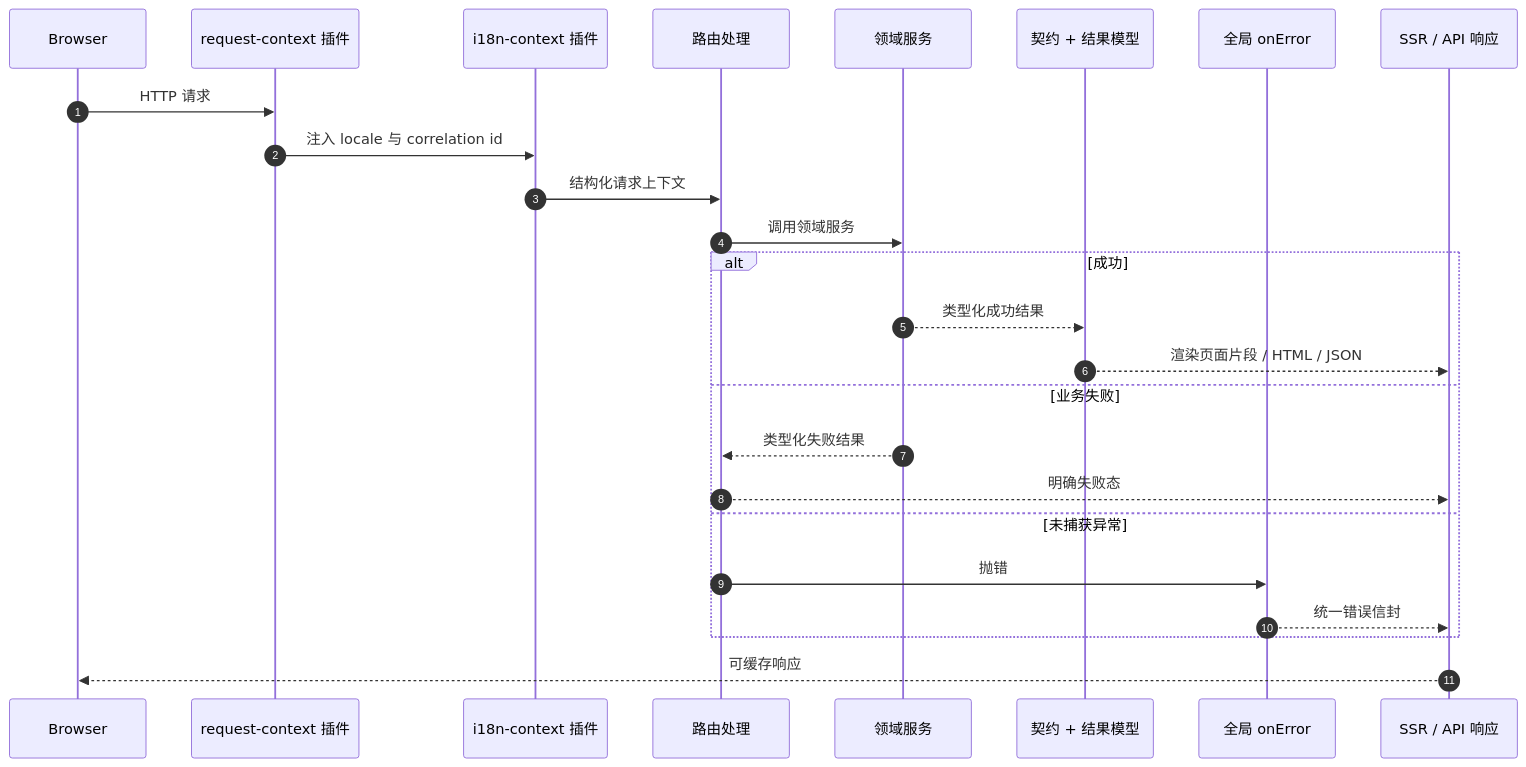
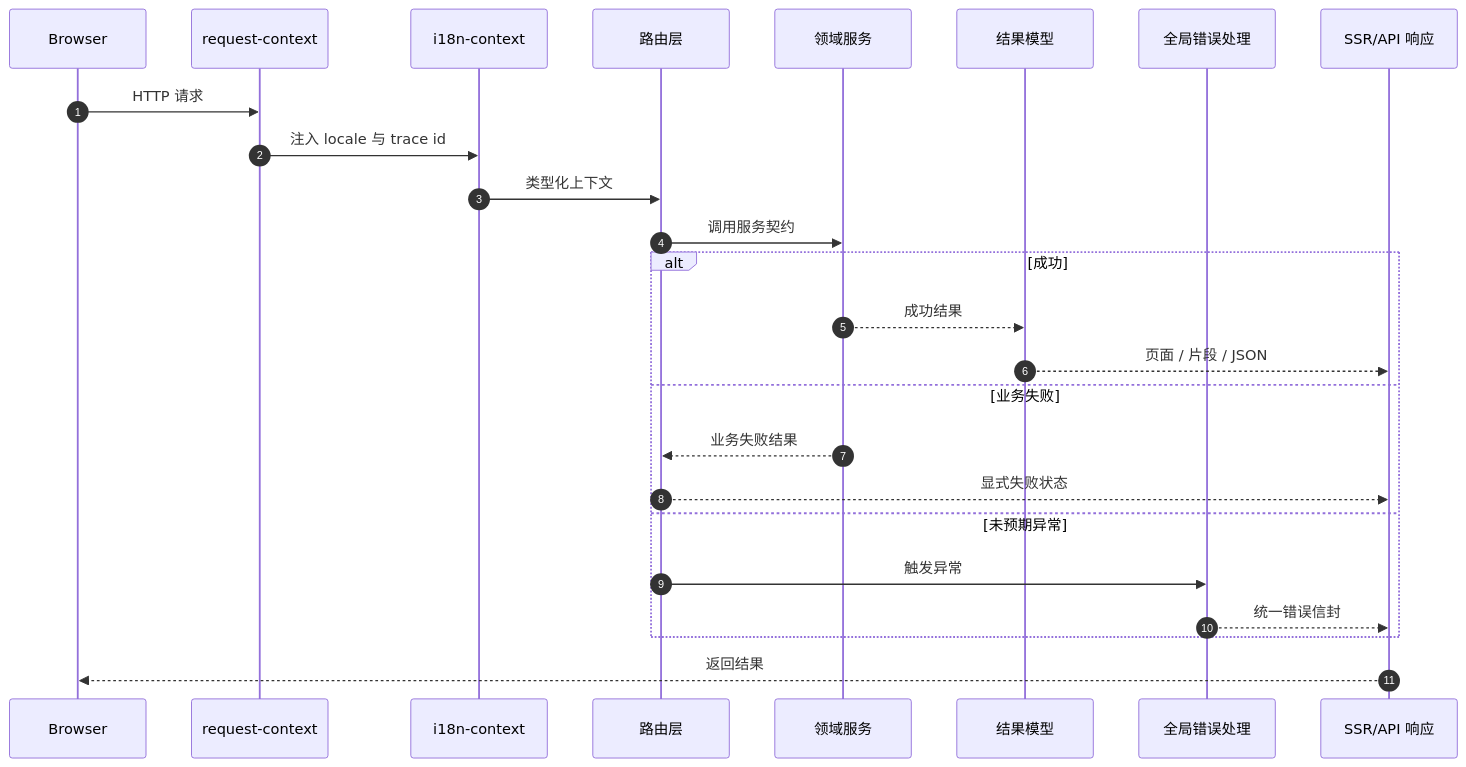
Before and after one commit to d4551/tea: the seventh of 10 diagrams in README.md, drawn with Mermaid. The commit also changed other lines of this file and 2 other files, not shown here.

````diff
--- a/README.md
+++ b/README.md
@@ -433,28 +428,28 @@
 ```mermaid
 sequenceDiagram
   autonumber
   participant Browser
-  participant Ctx as request-context 插件
-  participant I18n as i18n-context 插件
-  participant Route as 路由处理
-  participant Domain as 领域服务
-  participant Contract as 契约 + 结果模型
-  participant Error as 全局 onError
-  participant Response as SSR / API 响应
+  participant Ctx as request-context
+  participant I18n as i18n-context
+  participant Route as 路由层
+  participant Service as 领域服务
+  participant Envelope as 结果模型
+  participant Err as 全局错误处理
+  participant Resp as SSR/API 响应
 
   Browser->>Ctx: HTTP 请求
-  Ctx->>I18n: 注入 locale 与 correlation id
-  I18n->>Route: 结构化请求上下文
-  Route->>Domain: 调用领域服务
+  Ctx->>I18n: 注入 locale 与 trace id
+  I18n->>Route: 类型化上下文
+  Route->>Service: 调用服务契约
   alt 成功
-    Domain-->>Contract: 类型化成功结果
-    Contract-->>Response: 渲染页面片段 / HTML / JSON
+    Service-->>Envelope: 成功结果
+    Envelope-->>Resp: 页面 / 片段 / JSON
   else 业务失败
-    Domain-->>Route: 类型化失败结果
-    Route-->>Response: 明确失败态
-  else 未捕获异常
-    Route->>Error: 抛错
-    Error-->>Response: 统一错误信封
+    Service-->>Route: 业务失败结果
+    Route-->>Resp: 显式失败状态
+  else 未预期异常
+    Route->>Err: 触发异常
+    Err-->>Resp: 统一错误信封
   end
-  Response-->>Browser: 可缓存响应
+  Resp-->>Browser: 返回结果
 ```
````
